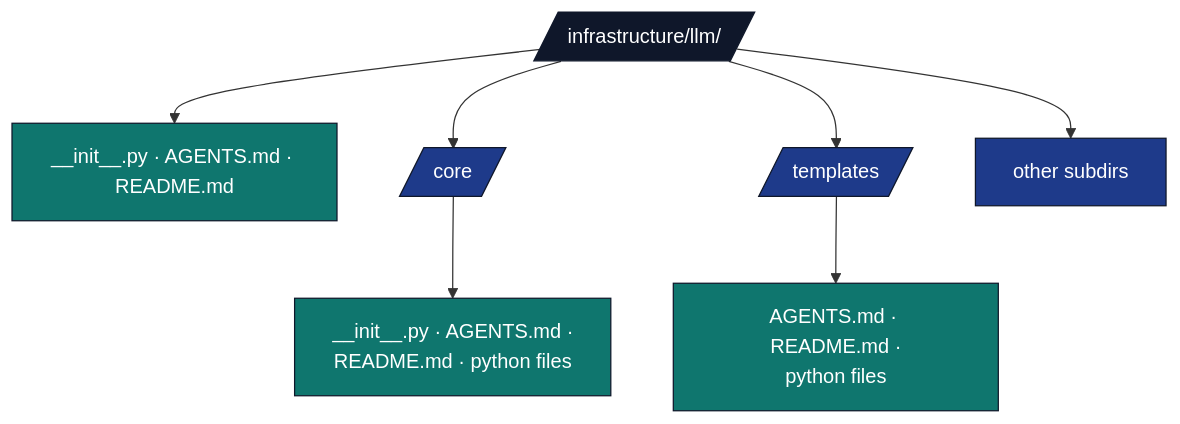
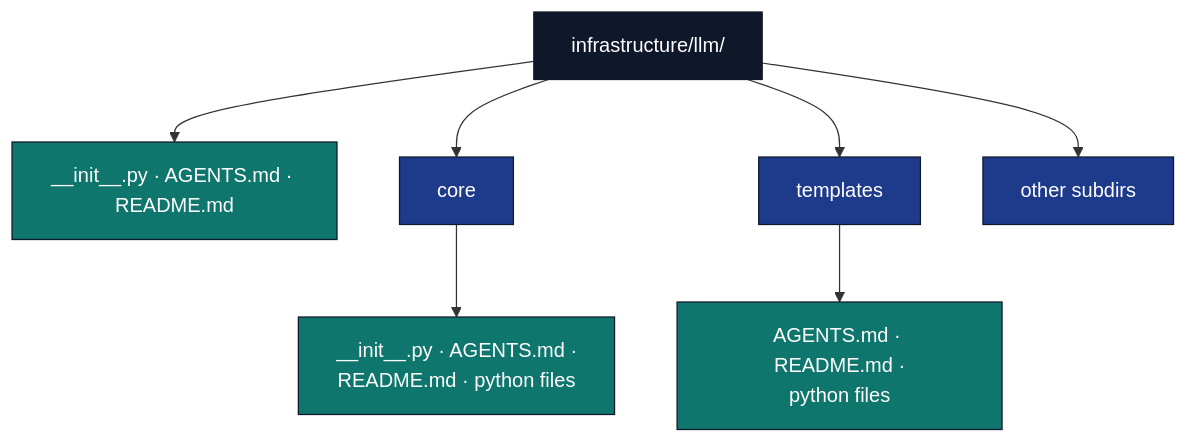
Before and after one commit to docxology/template: the sixth of 7 diagrams in docs/rules/folder_structure.md, drawn with Mermaid. The commit also changed other lines of this file and 94 other files, not shown here.

````diff
--- a/docs/rules/folder_structure.md
+++ b/docs/rules/folder_structure.md
@@ -257,18 +257,18 @@
 ```mermaid
 flowchart TB
-    LLM[/infrastructure/llm//]
+    LLM[infrastructure/llm/]
     LLM --> META[__init__.py · AGENTS.md · README.md]
-    LLM --> CORE[/core/]
-    LLM --> TPL[/templates/]
+    LLM --> CORE[core]
+    LLM --> TPL[templates]
     LLM --> OTHER[other subdirs]
 
     CORE --> CORE_F[__init__.py · AGENTS.md ·<br/>README.md · python files]
     TPL --> TPL_F[AGENTS.md · README.md ·<br/>python files]
 
     classDef d fill:#0f172a,stroke:#0f172a,color:#fff
     classDef pkg fill:#1e3a8a,stroke:#0f172a,color:#fff
     classDef f fill:#0f766e,stroke:#0f172a,color:#fff
     class LLM d
     class CORE,TPL,OTHER pkg
     class META,CORE_F,TPL_F f
 ```
````
